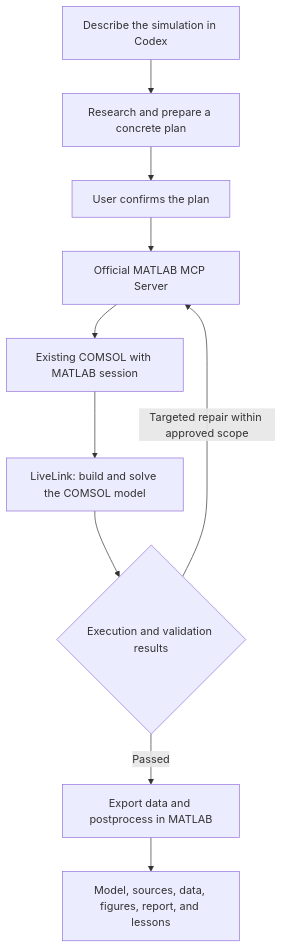
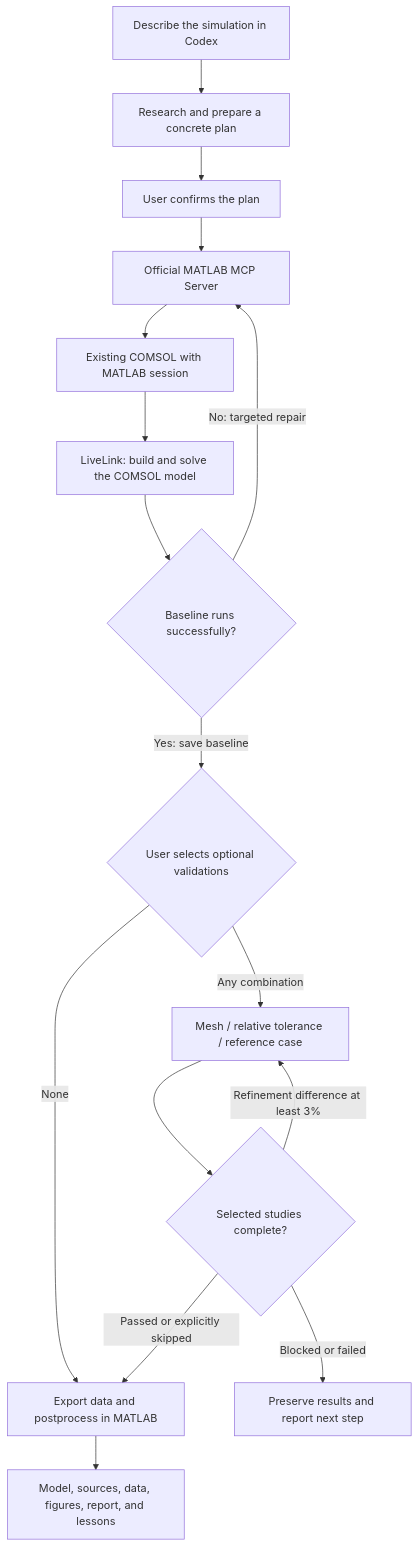
Before and after one commit to libraryzd/autocomsol: the diagram in README.md, drawn with Mermaid. The commit also changed other lines of this file and 11 other files, not shown here.

Commit message:
Offer optional validation after a successful baseline simulation

````diff
--- a/README.md
+++ b/README.md
@@ -13,12 +13,18 @@
 ```mermaid
 flowchart TD
     A[Describe the simulation in Codex] --> B[Research and prepare a concrete plan]
     B --> C[User confirms the plan]
     C --> D[Official MATLAB MCP Server]
     D --> E[Existing COMSOL with MATLAB session]
     E --> F[LiveLink: build and solve the COMSOL model]
-    F --> G{Execution and validation results}
-    G -->|Targeted repair within approved scope| D
-    G -->|Passed| H[Export data and postprocess in MATLAB]
+    F --> G{Baseline runs successfully?}
+    G -->|No: targeted repair| D
+    G -->|Yes: save baseline| V{User selects optional validations}
+    V -->|None| H[Export data and postprocess in MATLAB]
+    V -->|Any combination| W[Mesh / relative tolerance / reference case]
+    W --> X{Selected studies complete?}
+    X -->|Refinement difference at least 3%| W
+    X -->|Passed or explicitly skipped| H
+    X -->|Blocked or failed| R[Preserve results and report next step]
     H --> I[Model, sources, data, figures, report, and lessons]
 ```
````
